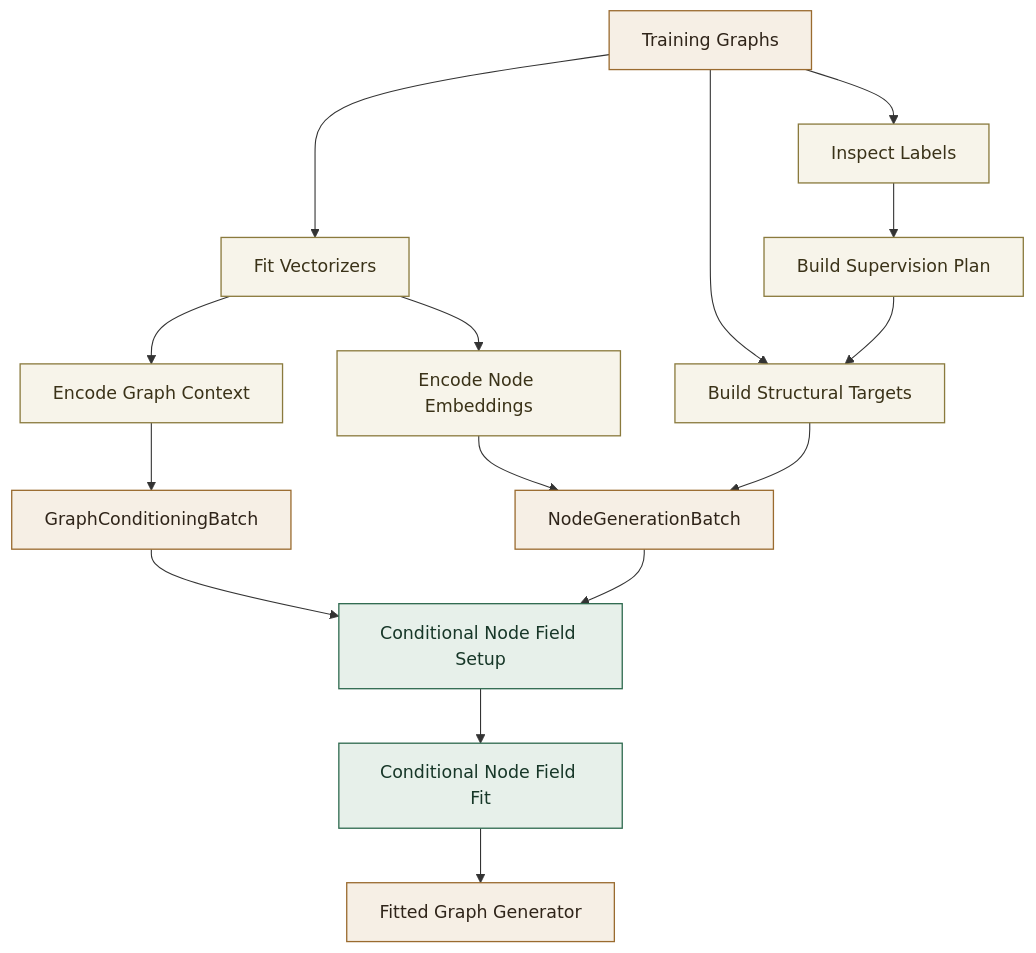
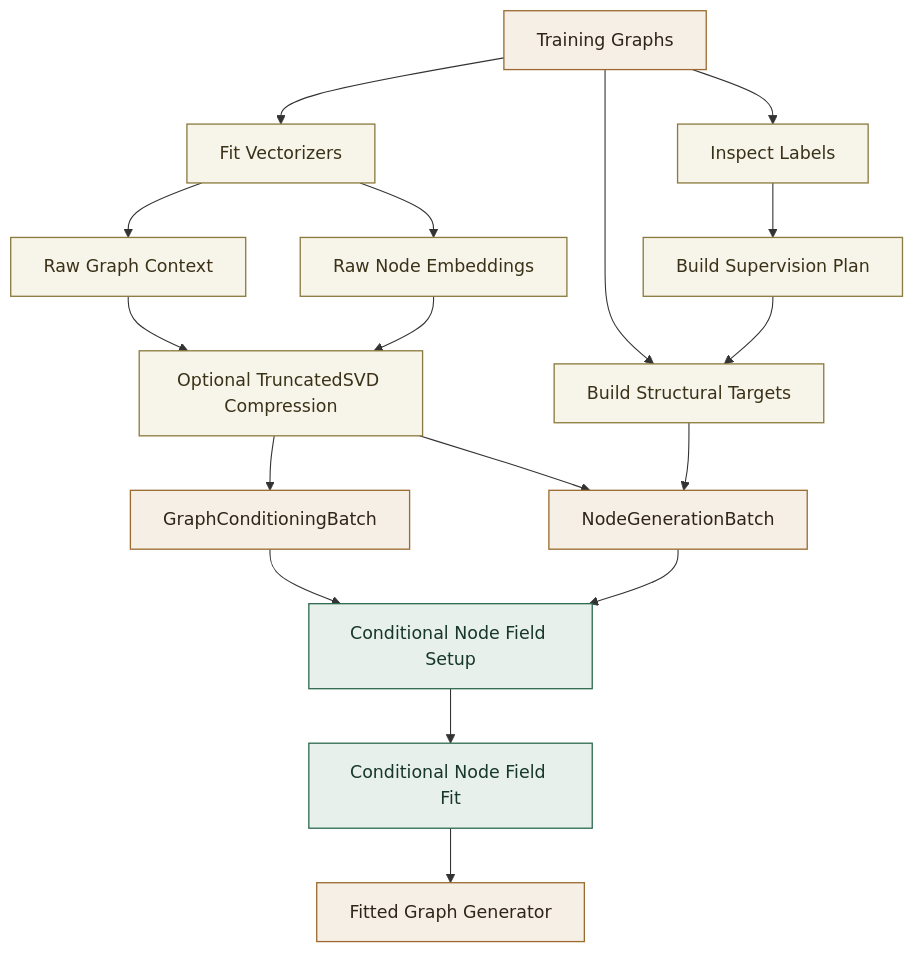
One commit to fabriziocosta/NodeField changed the second of 3 diagrams in docs/1_CONDITIONAL_NODE_FIELD_GRAPH_GENERATOR_README.md. Above: the diagram before and after it, drawn with Mermaid. The commit also changed other lines of this file and 15 other files, not shown here.

Commit message:
Add orchestrator SVD embedding compression

````diff
--- a/docs/1_CONDITIONAL_NODE_FIELD_GRAPH_GENERATOR_README.md
+++ b/docs/1_CONDITIONAL_NODE_FIELD_GRAPH_GENERATOR_README.md
@@ -225,25 +225,27 @@
 ```mermaid
 flowchart TD
     A[Training Graphs] --> B[Fit Vectorizers]
     A --> C[Inspect Labels]
     C --> D[Build Supervision Plan]
-    B --> E[Encode Graph Context]
-    B --> F[Encode Node Embeddings]
+    B --> E[Raw Graph Context]
+    B --> F[Raw Node Embeddings]
+    E --> S[Optional TruncatedSVD Compression]
+    F --> S
+    S --> H[GraphConditioningBatch]
+    S --> I[NodeGenerationBatch]
     A --> G[Build Structural Targets]
     D --> G
-    E --> H[GraphConditioningBatch]
-    F --> I[NodeGenerationBatch]
     G --> I
     H --> J[Conditional Node Field Setup]
     I --> J
     J --> K[Conditional Node Field Fit]
     K --> L[Fitted Graph Generator]
 
     classDef data fill:#f6efe5,stroke:#9a6b2f,stroke-width:1.2px,color:#2f2419;
     classDef process fill:#f7f4ea,stroke:#8a7a3d,stroke-width:1.2px,color:#3a3218;
     classDef model fill:#e7f0ea,stroke:#2e6a4f,stroke-width:1.2px,color:#173728;
 
     class A,H,I,L data;
-    class B,C,D,E,F,G process;
+    class B,C,D,E,F,G,S process;
     class J,K model;
 ```
````
